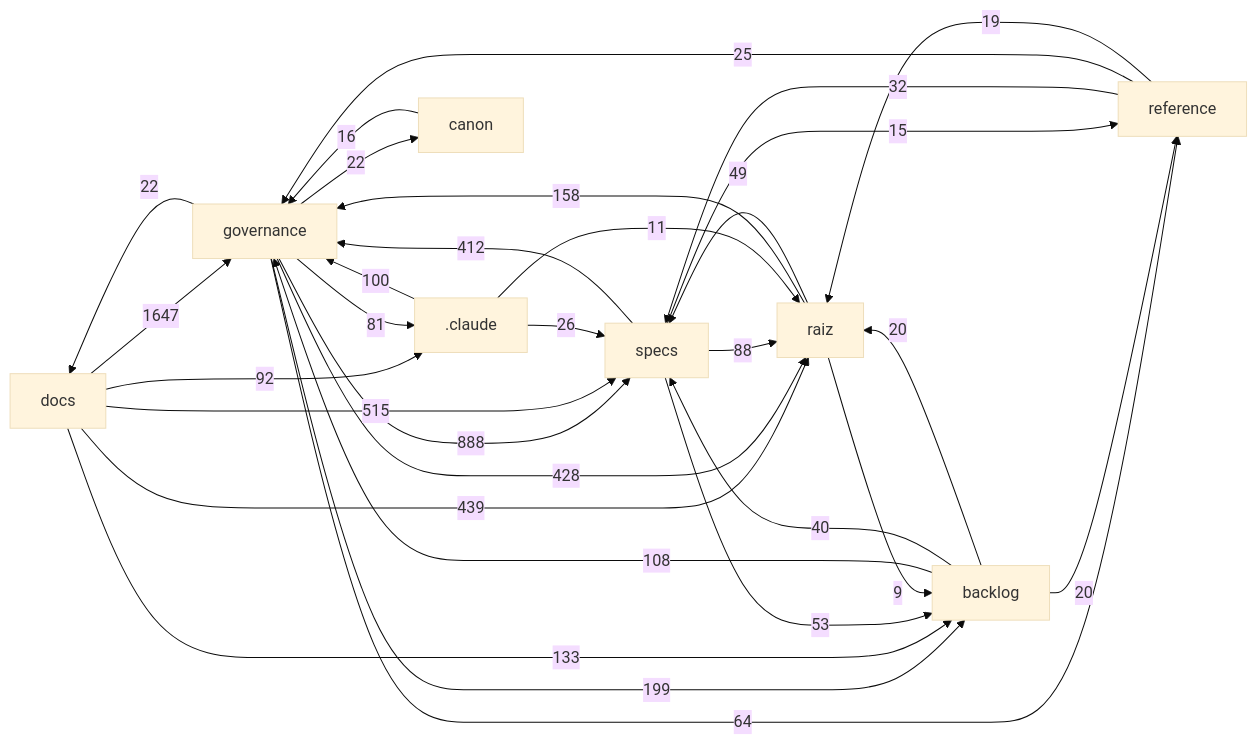
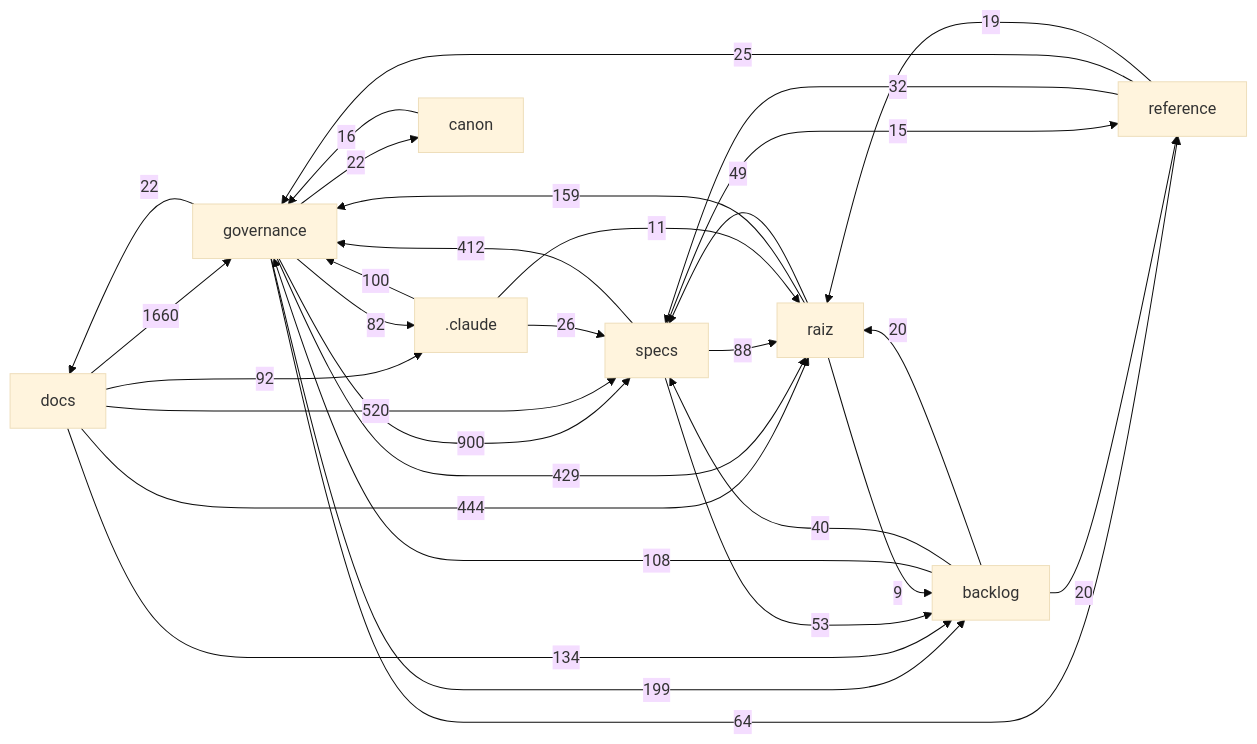
The diagram in docs/mapa/MAPA-PROJETO.md (Andraus35/Sistema-Operacional-de-Trading--SOT), drawn with Mermaid (base theme) before and after one commit. The commit also changed other lines of this file and 4 other files, not shown here.

````diff
--- a/docs/mapa/MAPA-PROJETO.md
+++ b/docs/mapa/MAPA-PROJETO.md
@@ -29,33 +29,33 @@
 ```mermaid
 flowchart LR
-  docs["docs"] -->|1647| governance["governance"]
-  governance["governance"] -->|888| specs["specs"]
-  docs["docs"] -->|515| specs["specs"]
-  docs["docs"] -->|439| raiz["raiz"]
-  governance["governance"] -->|428| raiz["raiz"]
+  docs["docs"] -->|1660| governance["governance"]
+  governance["governance"] -->|900| specs["specs"]
+  docs["docs"] -->|520| specs["specs"]
+  docs["docs"] -->|444| raiz["raiz"]
+  governance["governance"] -->|429| raiz["raiz"]
   specs["specs"] -->|412| governance["governance"]
   governance["governance"] -->|199| backlog["backlog"]
-  raiz["raiz"] -->|158| governance["governance"]
-  docs["docs"] -->|133| backlog["backlog"]
+  raiz["raiz"] -->|159| governance["governance"]
+  docs["docs"] -->|134| backlog["backlog"]
   backlog["backlog"] -->|108| governance["governance"]
   _claude[".claude"] -->|100| governance["governance"]
   docs["docs"] -->|92| _claude[".claude"]
   specs["specs"] -->|88| raiz["raiz"]
-  governance["governance"] -->|81| _claude[".claude"]
+  governance["governance"] -->|82| _claude[".claude"]
   governance["governance"] -->|64| reference["reference"]
   specs["specs"] -->|53| backlog["backlog"]
   raiz["raiz"] -->|49| specs["specs"]
   backlog["backlog"] -->|40| specs["specs"]
   reference["reference"] -->|32| specs["specs"]
   _claude[".claude"] -->|26| specs["specs"]
   reference["reference"] -->|25| governance["governance"]
   governance["governance"] -->|22| docs["docs"]
   governance["governance"] -->|22| canon["canon"]
   backlog["backlog"] -->|20| raiz["raiz"]
   backlog["backlog"] -->|20| reference["reference"]
   reference["reference"] -->|19| raiz["raiz"]
   canon["canon"] -->|16| governance["governance"]
   specs["specs"] -->|15| reference["reference"]
   _claude[".claude"] -->|11| raiz["raiz"]
   raiz["raiz"] -->|9| backlog["backlog"]
 ```
````
